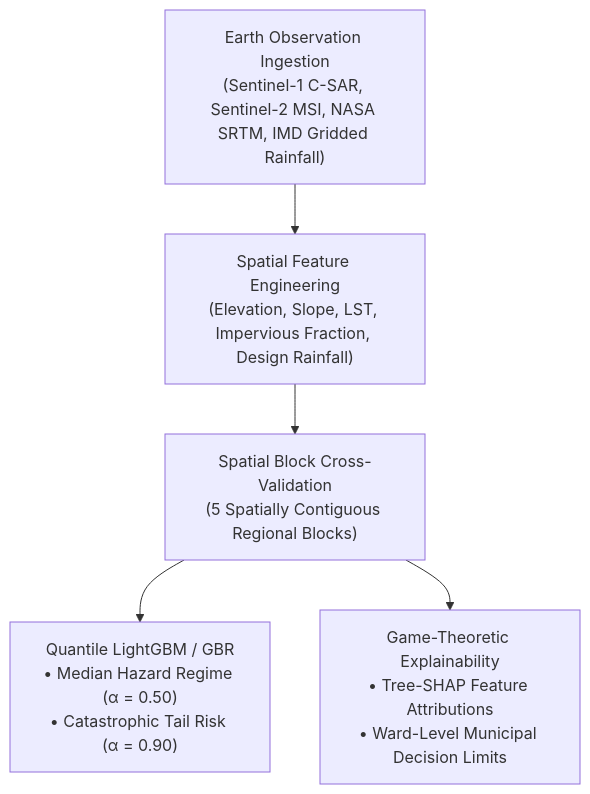
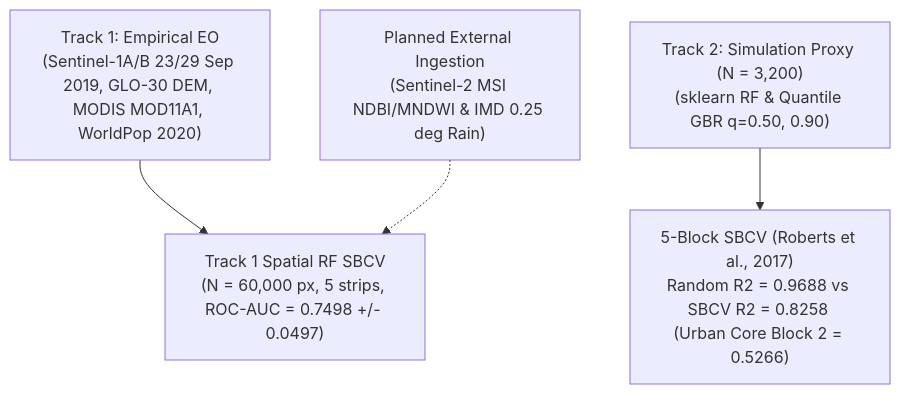
The diagram in Research_Paper_Workflow/Review/02_Peer_Review_Methodology_and_Results.md (Amourhoffen/BHU_LOKA), drawn with Mermaid before and after one commit. The commit also changed other lines of this file and 121 other files, not shown here.

````diff
--- a/Research_Paper_Workflow/Review/02_Peer_Review_Methodology_and_Results.md
+++ b/Research_Paper_Workflow/Review/02_Peer_Review_Methodology_and_Results.md
@@ -43,13 +37,12 @@
 ```mermaid
 flowchart TD
-    EO["Earth Observation Ingestion<br/>(Sentinel-1 C-SAR, Sentinel-2 MSI, NASA SRTM, IMD Gridded Rainfall)"]
-    FE["Spatial Feature Engineering<br/>(Elevation, Slope, LST, Impervious Fraction, Design Rainfall)"]
-    SBCV["Spatial Block Cross-Validation<br/>(5 Spatially Contiguous Regional Blocks)"]
-    QLGBM["Quantile LightGBM / GBR<br/>• Median Hazard Regime (α = 0.50)<br/>• Catastrophic Tail Risk (α = 0.90)"]
-    SHAP["Game-Theoretic Explainability<br/>• Tree-SHAP Feature Attributions<br/>• Ward-Level Municipal Decision Limits"]
+    EO["Track 1: Empirical EO<br/>(Sentinel-1A/B 23/29 Sep 2019, GLO-30 DEM, MODIS MOD11A1, WorldPop 2020)"]
+    RF60["Track 1 Spatial RF SBCV<br/>(N = 60,000 px, 5 strips, ROC-AUC = 0.7498 +/- 0.0497)"]
+    PROXY["Track 2: Simulation Proxy (N = 3,200)<br/>(sklearn RF & Quantile GBR q=0.50, 0.90)"]
+    SBCV["5-Block SBCV (Roberts et al., 2017)<br/>Random R2 = 0.9688 vs SBCV R2 = 0.8258 (Urban Core Block 2 = 0.5266)"]
+    EXT["Planned External Ingestion<br/>(Sentinel-2 MSI NDBI/MNDWI & IMD 0.25 deg Rain)"]
 
-    EO --> FE
-    FE --> SBCV
-    SBCV --> QLGBM
-    SBCV --> SHAP
+    EO --> RF60
+    PROXY --> SBCV
+    EXT -.-> RF60
 ```
````
